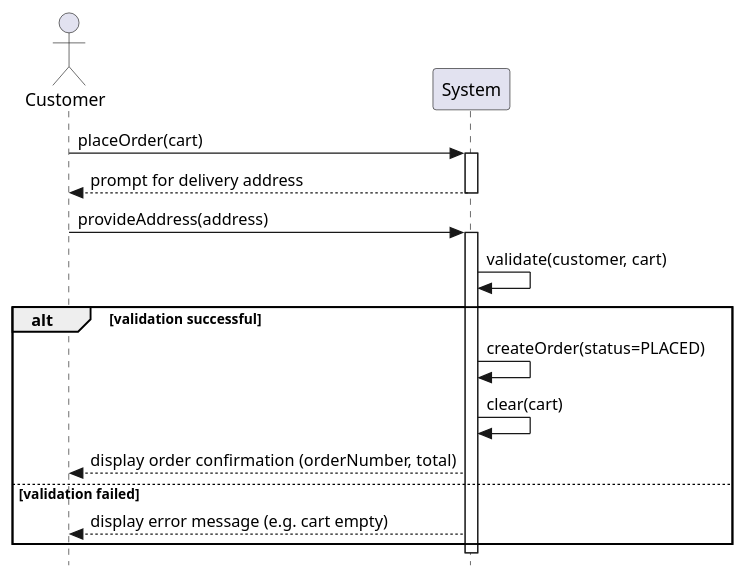
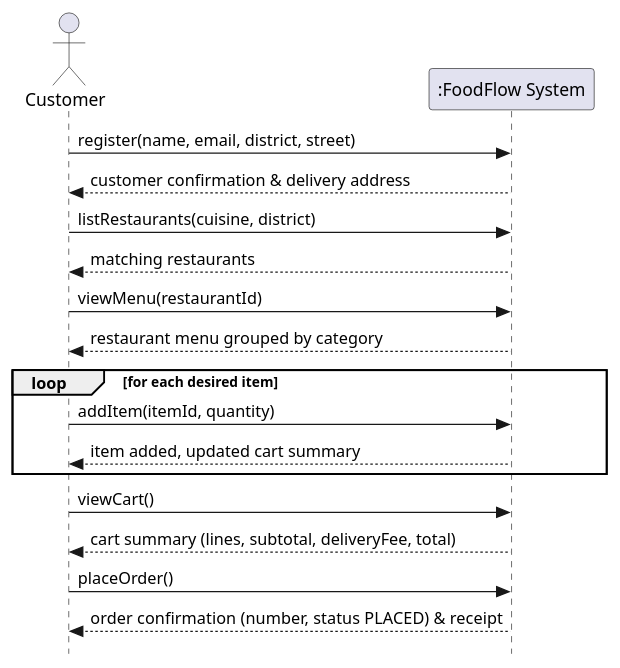
The diagram in docs/diagrams/ssd-place-order.puml (Furkandm8xs1/oop_termproject), drawn with PlantUML before and after one commit. The commit also changed 10 other files, not shown here.

```diff
--- a/docs/diagrams/ssd-place-order.puml
+++ b/docs/diagrams/ssd-place-order.puml
@@ -1,22 +1,25 @@
 @startuml ssd-place-order
 skinparam style strictuml
 actor Customer
-participant "System" as S
+participant ":FoodFlow System" as S
 
-Customer -> S : placeOrder(cart)
-activate S
-S --> Customer : prompt for delivery address
-deactivate S
+Customer -> S : register(name, email, district, street)
+S --> Customer : customer confirmation & delivery address
 
-Customer -> S : provideAddress(address)
-activate S
-S -> S : validate(customer, cart)
-alt validation successful
-    S -> S : createOrder(status=PLACED)
-    S -> S : clear(cart)
-    S --> Customer : display order confirmation (orderNumber, total)
-else validation failed
-    S --> Customer : display error message (e.g. cart empty)
+Customer -> S : listRestaurants(cuisine, district)
+S --> Customer : matching restaurants
+
+Customer -> S : viewMenu(restaurantId)
+S --> Customer : restaurant menu grouped by category
+
+loop for each desired item
+    Customer -> S : addItem(itemId, quantity)
+    S --> Customer : item added, updated cart summary
 end
-deactivate S
+
+Customer -> S : viewCart()
+S --> Customer : cart summary (lines, subtotal, deliveryFee, total)
+
+Customer -> S : placeOrder()
+S --> Customer : order confirmation (number, status PLACED) & receipt
 @enduml
```
